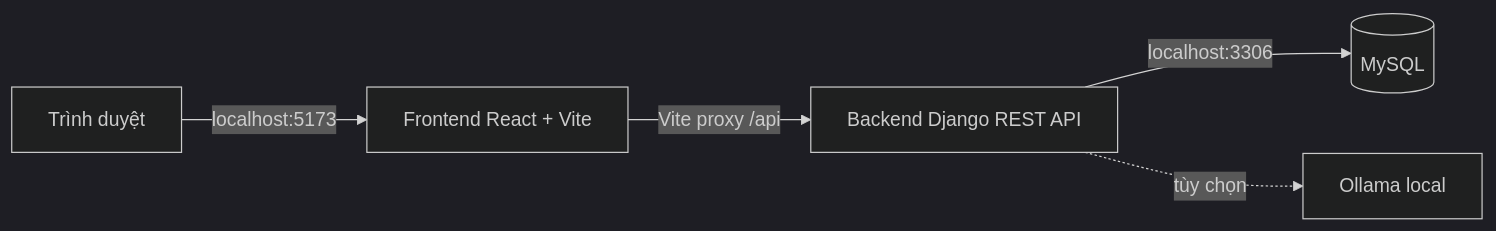
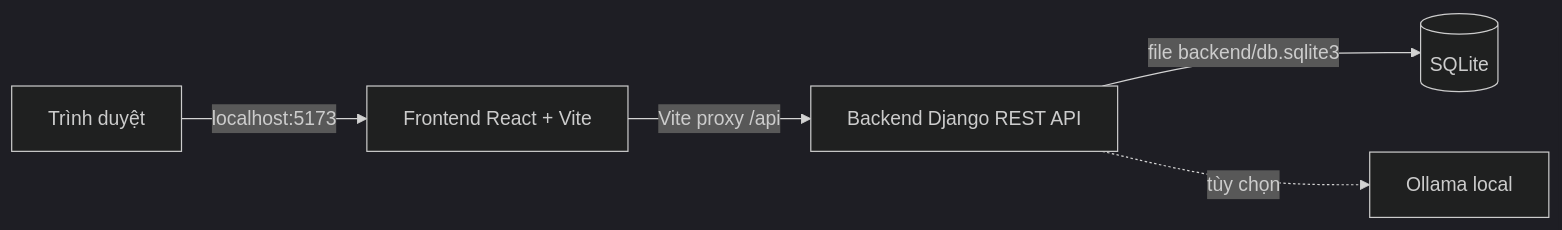
The diagram in README.md (ptdat46/web-y-te), drawn with Mermaid (dark theme) before and after one commit. The commit also changed other lines of this file and 7 other files, not shown here.

````diff
--- a/README.md
+++ b/README.md
@@ -8,7 +8,7 @@
 ```mermaid
 flowchart LR
     Browser[Trình duyệt] -->|localhost:5173| FE[Frontend React + Vite]
     FE -->|Vite proxy /api| BE[Backend Django REST API]
-    BE -->|localhost:3306| DB[(MySQL)]
+    BE -->|file backend/db.sqlite3| DB[(SQLite)]
     BE -. tùy chọn .-> AI[Ollama local]
 ```
````
